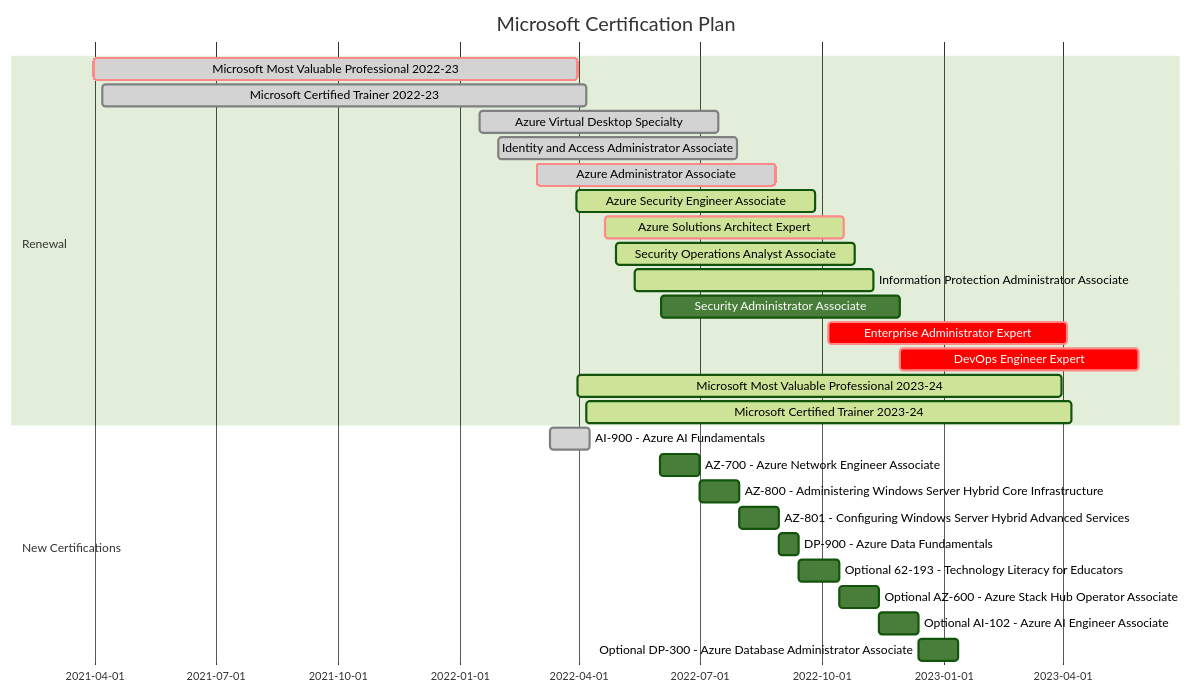
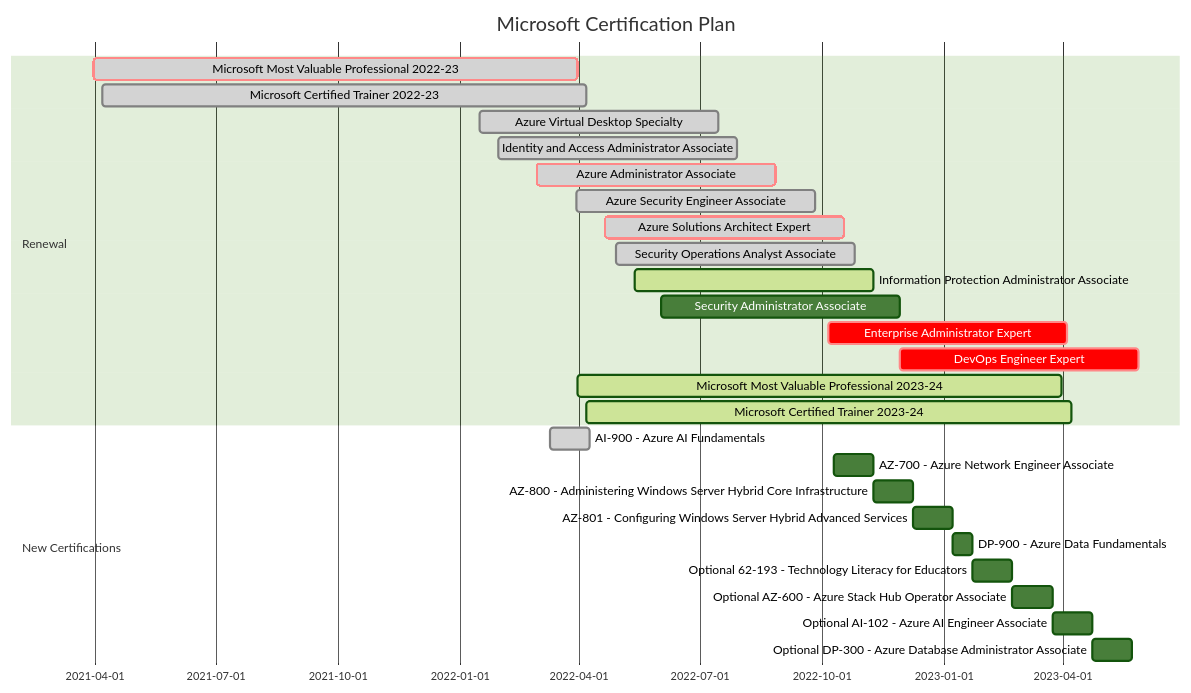
Before and after one commit to vukasinterzic/vukasinterzic: the diagram in README.md, drawn with Mermaid (forest theme).

Commit message:
updated certificates

````diff
--- a/README.md
+++ b/README.md
@@ -38,31 +38,31 @@
 ```mermaid
     gantt
     title Microsoft Certification Plan
     dateFormat  YYYY-MM-DD
     section Renewal
     Microsoft Most Valuable Professional 2022-23    :crit, done, 2021-03-31, 365d
     Microsoft Certified Trainer 2022-23             :done, 2021-04-07, 365d
     Azure Virtual Desktop Specialty                 :done, 2022-01-16, 180d
     Identity and Access Administrator Associate     :done, 2022-01-30, 180d
     Azure Administrator Associate                   :crit, done, a2, 2022-02-28, 180d
-    Azure Security Engineer Associate               :active, 2022-03-30, 180d
-    Azure Solutions Architect Expert                :crit, active, 2022-04-21, 180d
-    Security Operations Analyst Associate           :active, 2022-04-29, 180d
+    Azure Security Engineer Associate               :done, 2022-03-30, 180d
+    Azure Solutions Architect Expert                :crit, done, 2022-04-21, 180d
+    Security Operations Analyst Associate           :done, 2022-04-29, 180d
     Information Protection Administrator Associate  :active, 2022-05-13, 180d
     Security Administrator Associate                :a7, 2022-06-02, 180d
     Enterprise Administrator Expert                 :crit, a8, 2022-10-06, 180d
     DevOps Engineer Expert                          :crit, a9, 2022-11-29, 180d
     Microsoft Most Valuable Professional 2023-24    :active, 2022-03-31, 365d
     Microsoft Certified Trainer 2023-24             :active, 2022-04-07, 365d
 
     section New Certifications
     AI-900 - Azure AI Fundamentals                                      :done, 2022-03-10, 30d
-    AZ-700 - Azure Network Engineer Associate                           :a12, 2022-06-01, 30d
+    AZ-700 - Azure Network Engineer Associate                           :a12, 2022-10-10, 30d
     AZ-800 - Administering Windows Server Hybrid Core Infrastructure    :a13, after a12, 30d
     AZ-801 - Configuring Windows Server Hybrid Advanced Services        :a14, after a13, 30d
     DP-900 - Azure Data Fundamentals                                    :a15, after a14, 15d
     Optional 62-193 - Technology Literacy for Educators                 :a16, after a15, 30d
     Optional AZ-600 - Azure Stack Hub Operator Associate                :a17, after a16, 30d
     Optional AI-102 - Azure AI Engineer Associate                       :a18, after a17, 30d
     Optional DP-300 - Azure Database Administrator Associate            :a19, after a18, 30d
 ```
````
